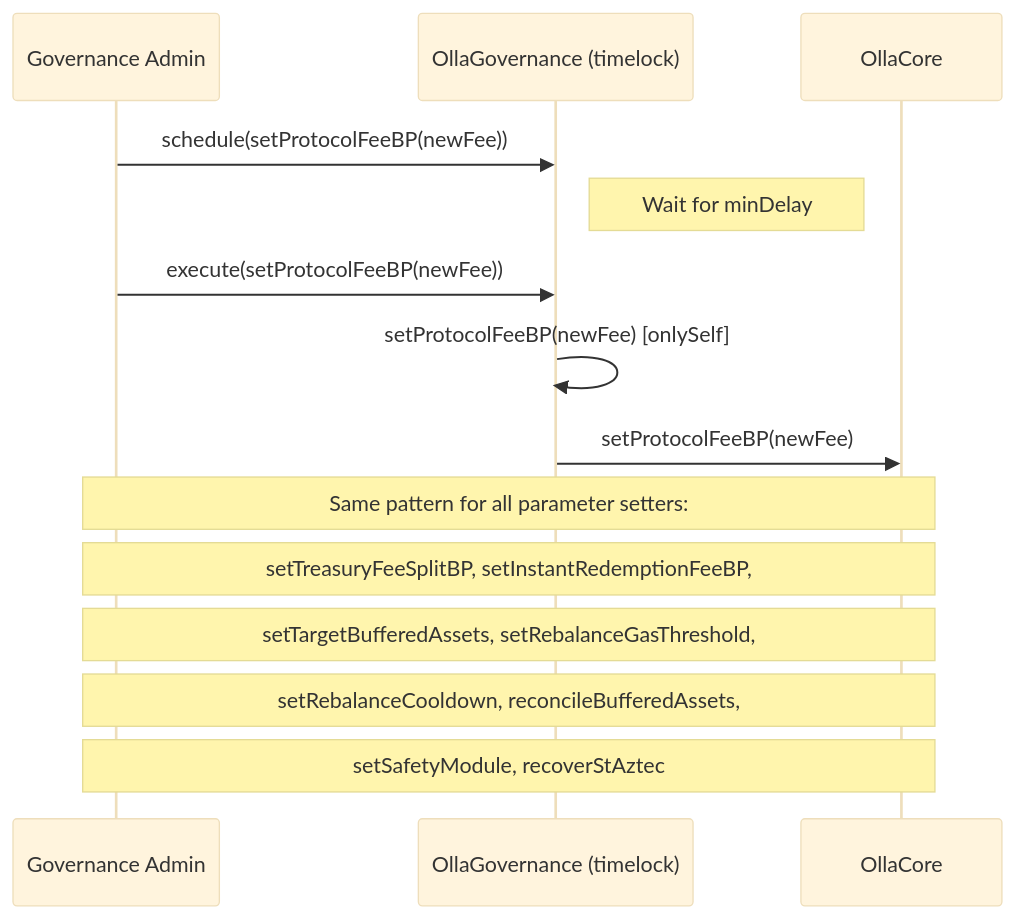
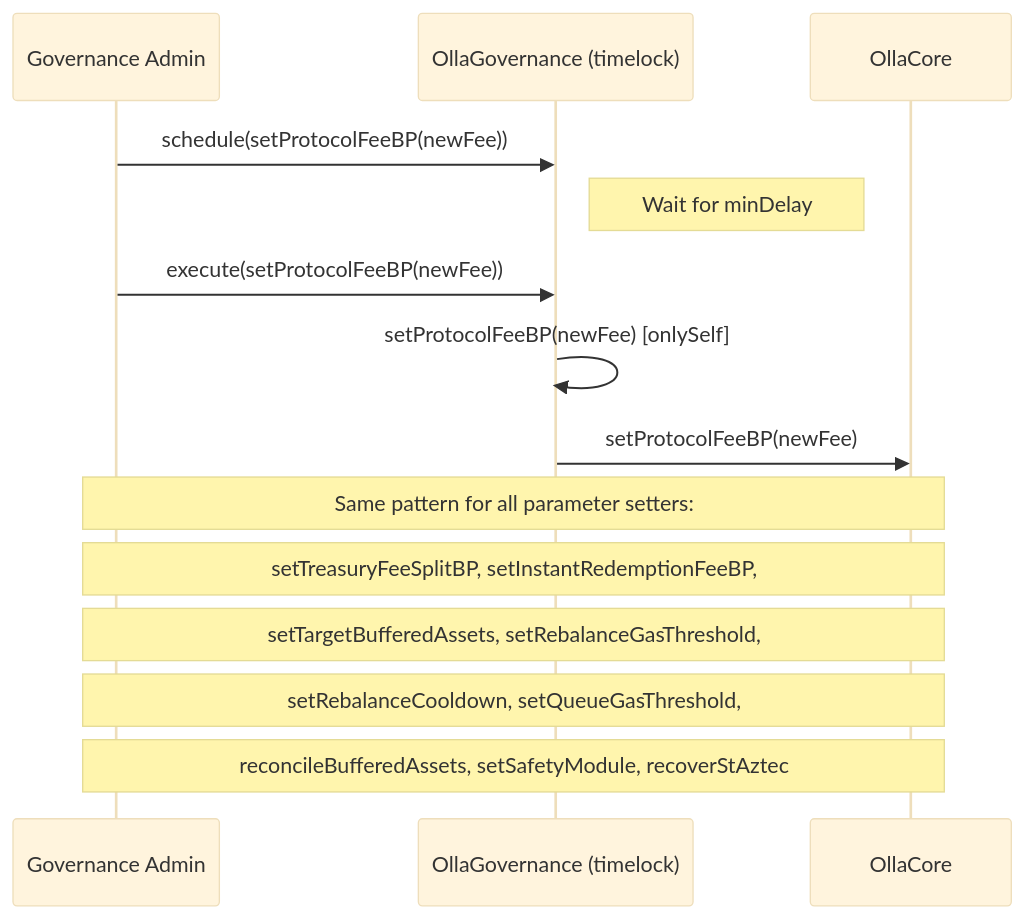
Before and after one commit to ollafinance/core: the first of 7 diagrams in docs/architecture/governance-actions.md, drawn with Mermaid (base theme). The commit also changed 33 other files, not shown here.

````diff
--- a/docs/architecture/governance-actions.md
+++ b/docs/architecture/governance-actions.md
@@ -9,18 +9,18 @@
 ```mermaid
 sequenceDiagram
     participant GOV as Governance Admin
     participant OG as OllaGovernance (timelock)
     participant C as OllaCore
 
     GOV->>OG: schedule(setProtocolFeeBP(newFee))
     Note right of OG: Wait for minDelay
     GOV->>OG: execute(setProtocolFeeBP(newFee))
     OG->>OG: setProtocolFeeBP(newFee) [onlySelf]
     OG->>C: setProtocolFeeBP(newFee)
 
     Note over GOV,C: Same pattern for all parameter setters:
     Note over GOV,C: setTreasuryFeeSplitBP, setInstantRedemptionFeeBP,
     Note over GOV,C: setTargetBufferedAssets, setRebalanceGasThreshold,
-    Note over GOV,C: setRebalanceCooldown, reconcileBufferedAssets,
-    Note over GOV,C: setSafetyModule, recoverStAztec
+    Note over GOV,C: setRebalanceCooldown, setQueueGasThreshold,
+    Note over GOV,C: reconcileBufferedAssets, setSafetyModule, recoverStAztec
 ```
````
